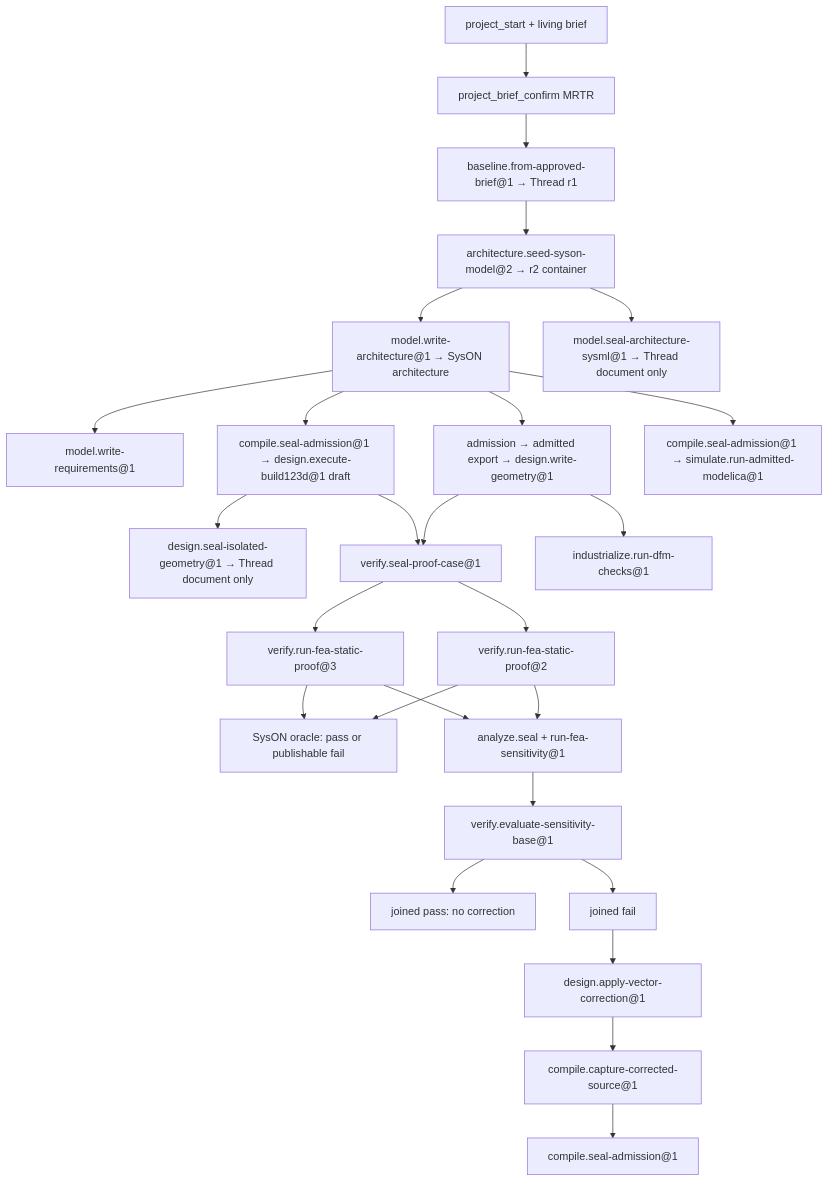
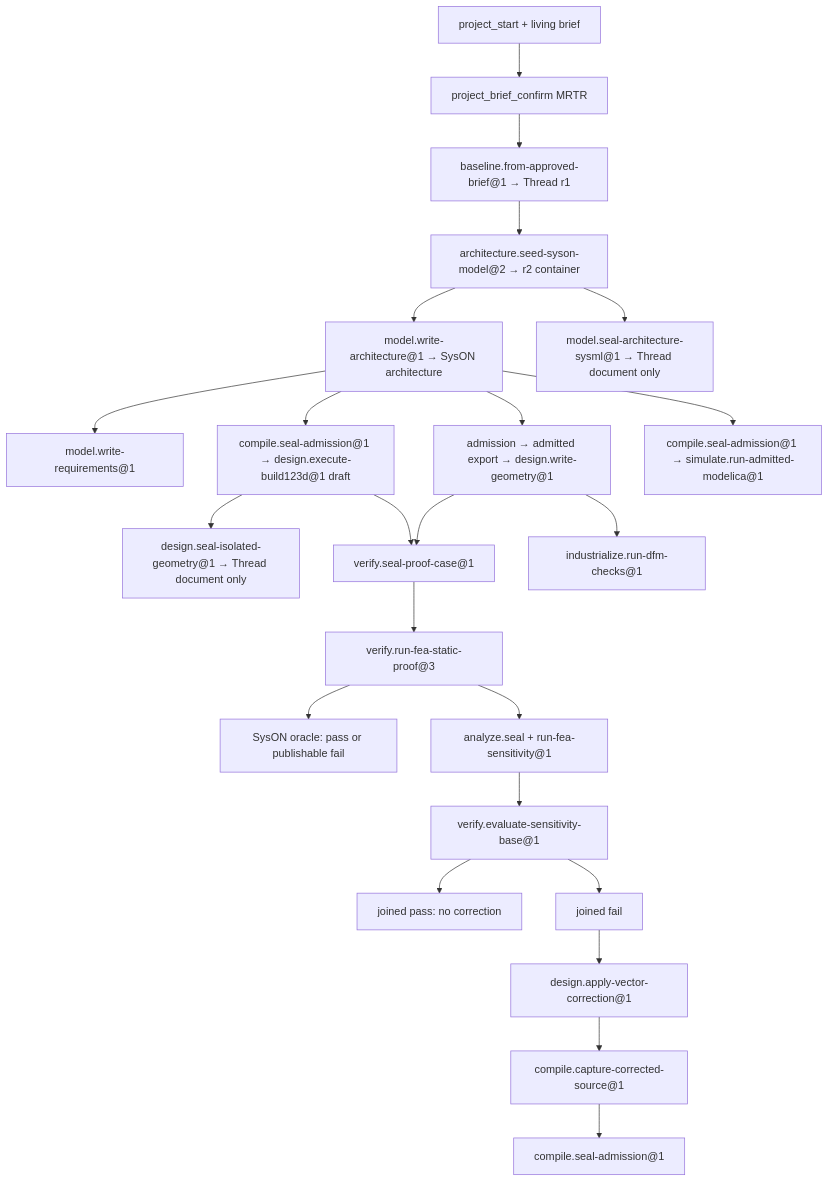
Before and after one commit to Casys-AI/casys-digital-thread: the second of 2 diagrams in docs/reference/agent-workspace.md, drawn with Mermaid. The commit also changed other lines of this file and 22 other files, not shown here.

````diff
--- a/docs/reference/agent-workspace.md
+++ b/docs/reference/agent-workspace.md
@@ -402,28 +396,25 @@
 ```mermaid
 flowchart TD
   intent["project_start + living brief"] --> confirm["project_brief_confirm MRTR"]
   confirm --> r1["baseline.from-approved-brief@1 → Thread r1"]
   r1 --> seed["architecture.seed-syson-model@2 → r2 container"]
   seed --> arch["model.write-architecture@1 → SysON architecture"]
   seed --> sealSysml["model.seal-architecture-sysml@1 → Thread document only"]
   arch --> req["model.write-requirements@1"]
   arch --> geomA["admission → admitted export → design.write-geometry@1"]
   arch --> geomB["compile.seal-admission@1 → design.execute-build123d@1 draft"]
   arch --> moAdmit["compile.seal-admission@1 → simulate.run-admitted-modelica@1"]
   geomB --> sealGeom["design.seal-isolated-geometry@1 → Thread document only"]
   geomA --> proof["verify.seal-proof-case@1"]
   geomB --> proof
-  proof --> fea2["verify.run-fea-static-proof@2"]
   proof --> fea3["verify.run-fea-static-proof@3"]
-  fea2 --> verdict["SysON oracle: pass or publishable fail"]
-  fea3 --> verdict
-  fea2 --> sens["analyze.seal + run-fea-sensitivity@1"]
-  fea3 --> sens
+  fea3 --> verdict["SysON oracle: pass or publishable fail"]
+  fea3 --> sens["analyze.seal + run-fea-sensitivity@1"]
   sens --> join["verify.evaluate-sensitivity-base@1"]
   join --> passNode["joined pass: no correction"]
   join --> failNode["joined fail"]
   failNode --> corr["design.apply-vector-correction@1"]
   corr --> zsrc["compile.capture-corrected-source@1"]
   zsrc --> reseal["compile.seal-admission@1"]
   geomA --> dfm["industrialize.run-dfm-checks@1"]
 ```
````
